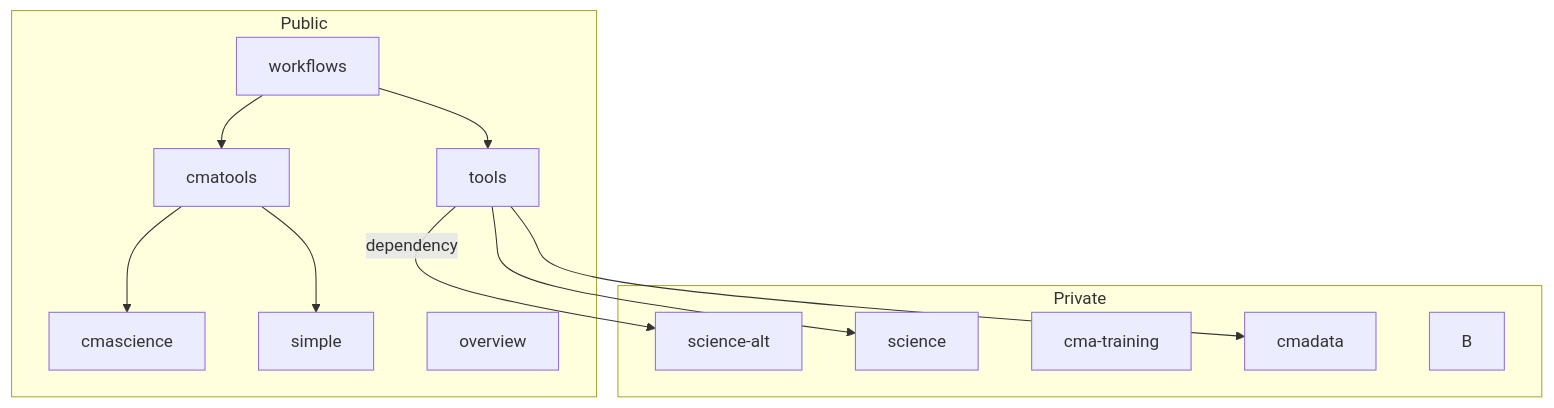
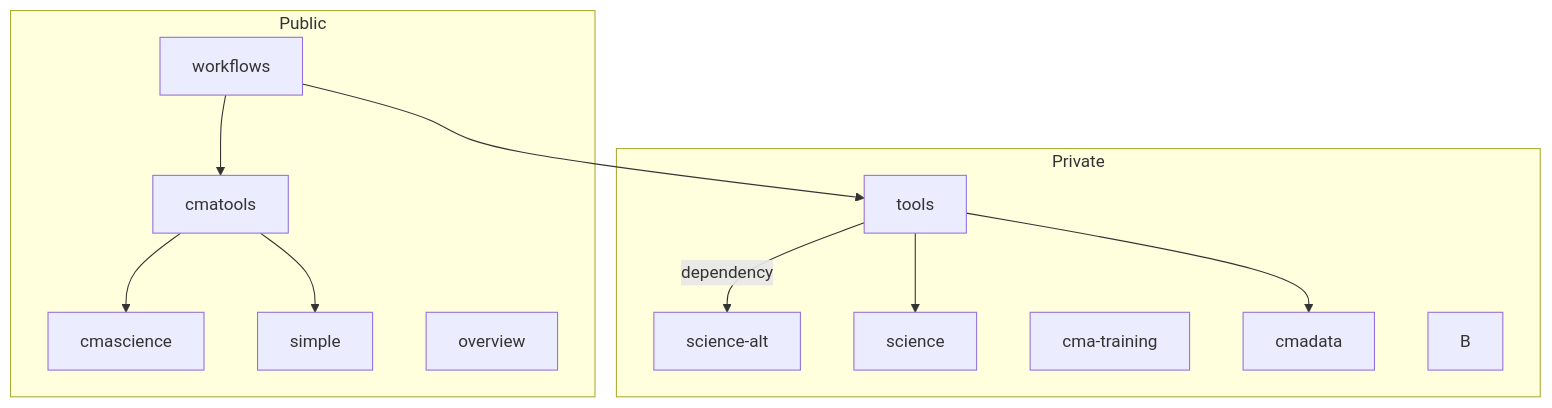
One commit to cma-open/overview changed the diagram in README.md. Above: the diagram before and after it, drawn with Mermaid. The commit also changed other lines of this file, not shown here.

````diff
--- a/README.md
+++ b/README.md
@@ -11,18 +11,18 @@
 ```mermaid
 flowchart TB
  subgraph Public
     workflows-->cmatools
-    workflows-->tools
     cmatools-->cmascience
     cmatools-->simple
     overview
     end
     subgraph Private
+    workflows-->tools
     tools-->|dependency|science-alt
     tools-->science
     cma-training
     tools-->cmadata
     B
      click B "https://www.github.com" "This is a tooltip for a link"
     end
 ```
````
